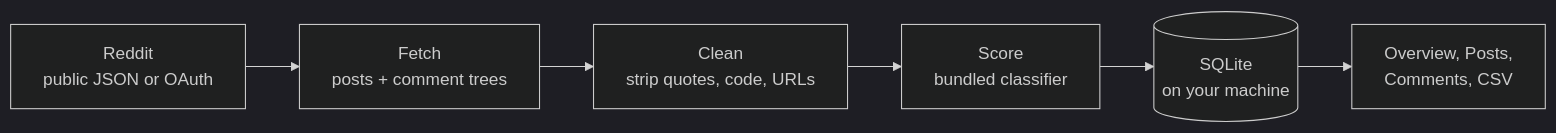
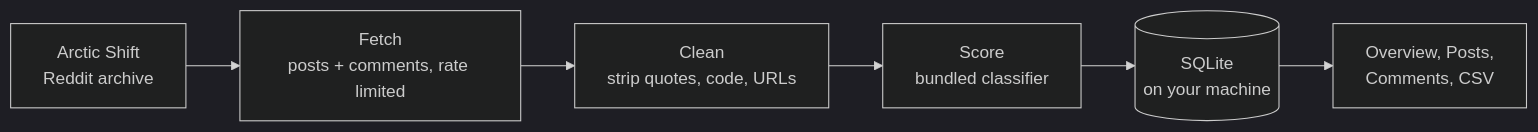
The diagram in README.md (nekomancer01/ikari), drawn with Mermaid (dark theme) before and after one commit. The commit also changed other lines of this file and 24 other files, not shown here.

First line of the commit message:
Arctic Shift only: date range picker, settled scores, rate limiter

````diff
--- a/README.md
+++ b/README.md
@@ -97,8 +98,8 @@
 ```mermaid
 flowchart LR
-    A["Reddit<br/>public JSON or OAuth"] --> B["Fetch<br/>posts + comment trees"]
+    A["Arctic Shift<br/>Reddit archive"] --> B["Fetch<br/>posts + comments, rate limited"]
     B --> C["Clean<br/>strip quotes, code, URLs"]
     C --> D["Score<br/>bundled classifier"]
     D --> E[("SQLite<br/>on your machine")]
     E --> F["Overview, Posts,<br/>Comments, CSV"]
 ```
````
